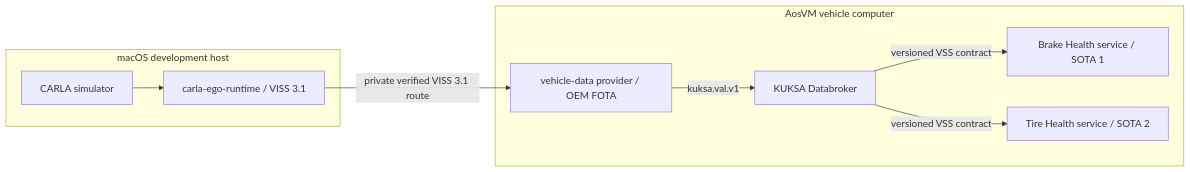
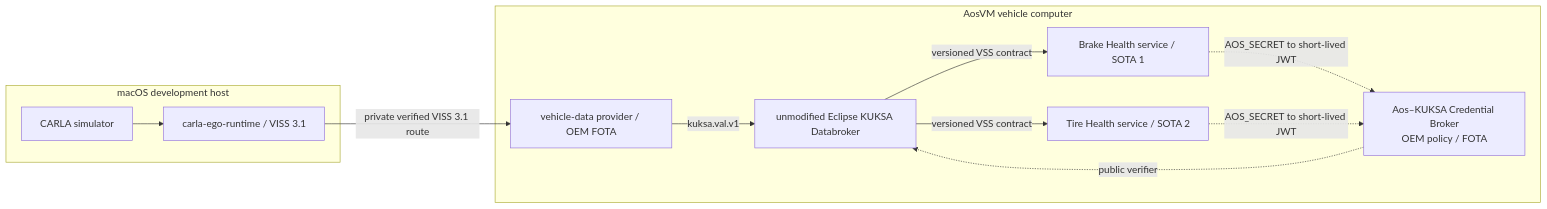
Before and after one commit to alexmaninblack/aosedge-sdv-demo: the diagram in docs/architecture/repository-boundaries.md, drawn with Mermaid. The commit also changed other lines of this file and 32 other files, not shown here.

````diff
--- a/docs/architecture/repository-boundaries.md
+++ b/docs/architecture/repository-boundaries.md
@@ -14,20 +14,24 @@
 ```mermaid
 flowchart LR
     subgraph macOS["macOS development host"]
         CARLA["CARLA simulator"]
         VISS["carla-ego-runtime / VISS 3.1"]
         CARLA --> VISS
     end
 
     subgraph AosVM["AosVM vehicle computer"]
         PROVIDER["vehicle-data provider / OEM FOTA"]
-        KUKSA["KUKSA Databroker"]
+        BROKER["Aos–KUKSA Credential Broker<br/>OEM policy / FOTA"]
+        KUKSA["unmodified Eclipse KUKSA Databroker"]
         SERVICE1["Brake Health service / SOTA 1"]
         SERVICE2["Tire Health service / SOTA 2"]
         PROVIDER -->|"kuksa.val.v1"| KUKSA
         KUKSA -->|"versioned VSS contract"| SERVICE1
         KUKSA -->|"versioned VSS contract"| SERVICE2
+        SERVICE1 -. "AOS_SECRET to short-lived JWT" .-> BROKER
+        SERVICE2 -. "AOS_SECRET to short-lived JWT" .-> BROKER
+        BROKER -. "public verifier" .-> KUKSA
     end
 
     VISS -->|"private verified VISS 3.1 route"| PROVIDER
 ```
````
